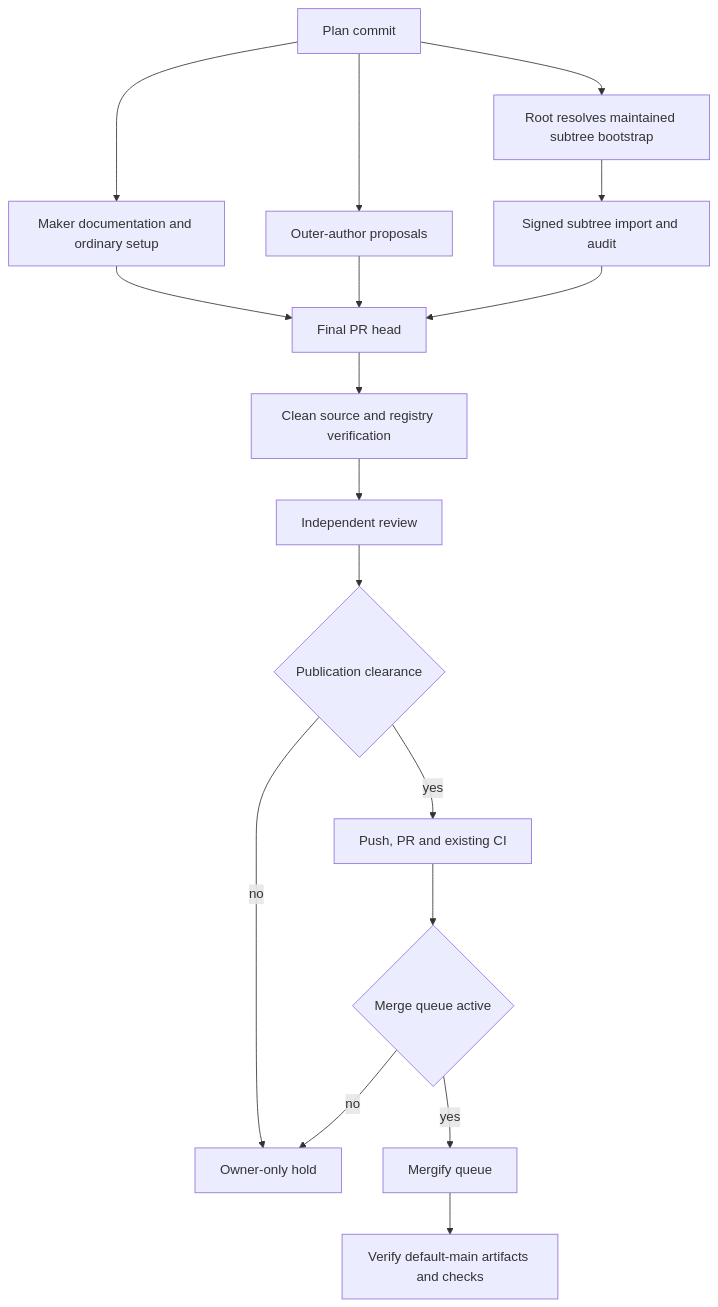
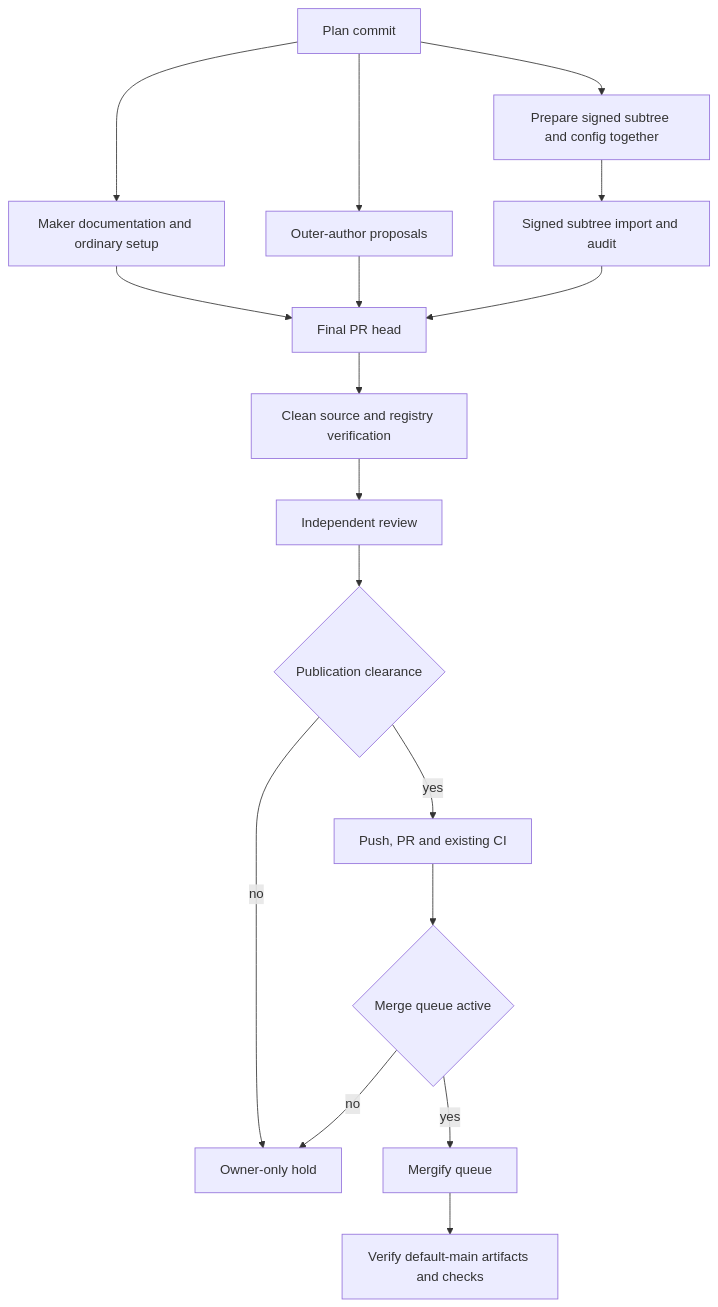
Before and after one commit to systemfsoftware/effect-memfs: the diagram in docs/plans/2026-11-06-1641-feat-readme-repository-setup-plan.md, drawn with Mermaid. The commit also changed other lines of this file, not shown here.

First line of the commit message:
docs(plan): specify audited subtree bootstrap

````diff
--- a/docs/plans/2026-11-06-1641-feat-readme-repository-setup-plan.md
+++ b/docs/plans/2026-11-06-1641-feat-readme-repository-setup-plan.md
@@ -81,19 +90,19 @@
 ```mermaid
 flowchart TD
   P[Plan commit] --> M[Maker documentation and ordinary setup]
   P --> O[Outer-author proposals]
-  P --> S[Root resolves maintained subtree bootstrap]
+  P --> S[Prepare signed subtree and config together]
   S --> T[Signed subtree import and audit]
   M --> H[Final PR head]
   O --> H
   T --> H
   H --> V[Clean source and registry verification]
   V --> R[Independent review]
   R --> C{Publication clearance}
   C -->|yes| I[Push, PR and existing CI]
   C -->|no| W[Owner-only hold]
   I --> A{Merge queue active}
   A -->|yes| Q[Mergify queue]
   A -->|no| W
   Q --> D[Verify default-main artifacts and checks]
 ```
````
